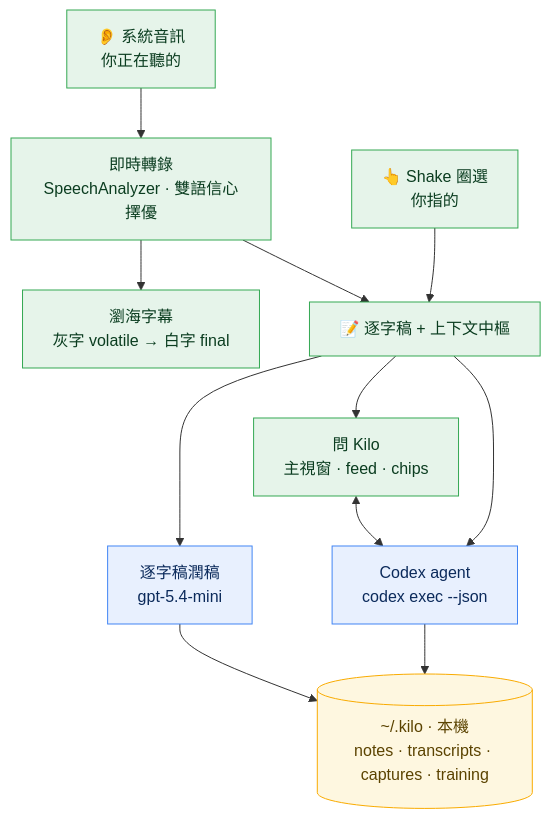
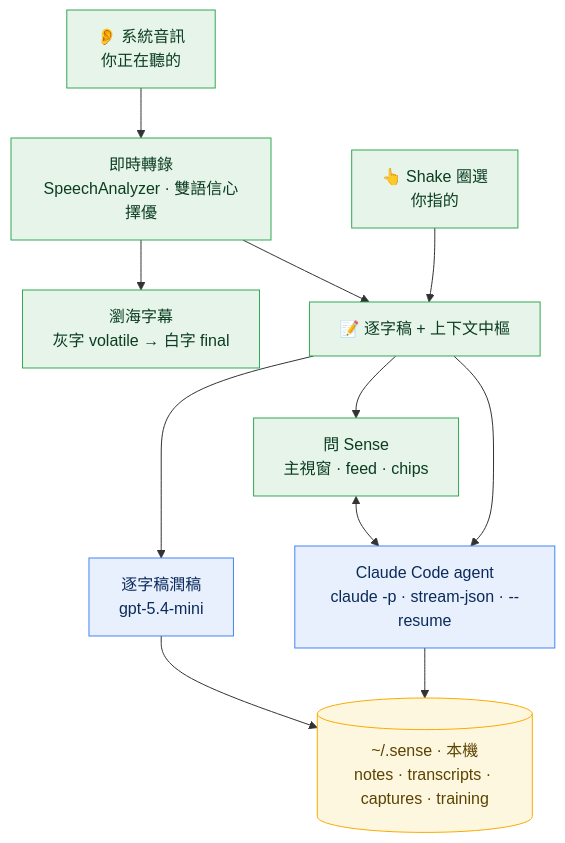
Before and after one commit to zyx1121/sense: the first of 2 diagrams in README.zh-TW.md, drawn with Mermaid. The commit also changed other lines of this file and 44 other files, not shown here.

First line of the commit message:
refactor: rebrand kilo-sense → Sense, swap codex runtime for Claude Code (#107)

````diff
--- a/README.zh-TW.md
+++ b/README.zh-TW.md
@@ -32,30 +32,30 @@
 ```mermaid
 flowchart TD
     ear["👂 系統音訊<br/>你正在聽的"]
     eye["👆 Shake 圈選<br/>你指的"]
     asr["即時轉錄<br/>SpeechAnalyzer · 雙語信心擇優"]
     notch["瀏海字幕<br/>灰字 volatile → 白字 final"]
     hub["📝 逐字稿 + 上下文中樞"]
     polish["逐字稿潤稿<br/>gpt-5.4-mini"]
-    agent["Codex agent<br/>codex exec --json"]
-    ui["問 Kilo<br/>主視窗 · feed · chips"]
-    disk[("~/.kilo · 本機<br/>notes · transcripts · captures · training")]
+    agent["Claude Code agent<br/>claude -p · stream-json · --resume"]
+    ui["問 Sense<br/>主視窗 · feed · chips"]
+    disk[("~/.sense · 本機<br/>notes · transcripts · captures · training")]
 
     ear --> asr
     asr --> notch
     asr --> hub
     eye --> hub
     hub --> polish
     hub --> ui
     ui <--> agent
     hub --> agent
     polish --> disk
     agent --> disk
 
     classDef device fill:#e6f4ea,stroke:#34a853,color:#0b3d20;
     classDef cloud fill:#e8f0fe,stroke:#4285f4,color:#0b2a5b;
     classDef store fill:#fef7e0,stroke:#f9ab00,color:#5b4300;
     class ear,eye,asr,notch,hub,ui device;
     class polish,agent cloud;
     class disk store;
 ```
````
